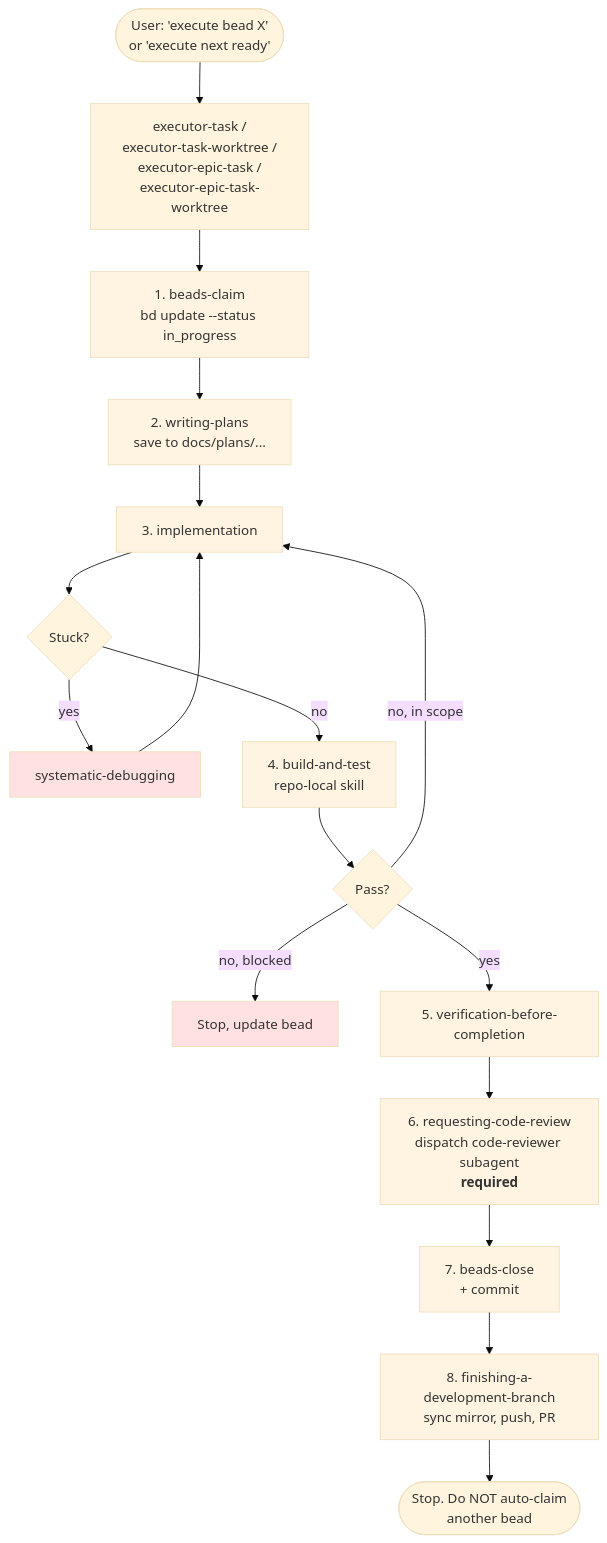
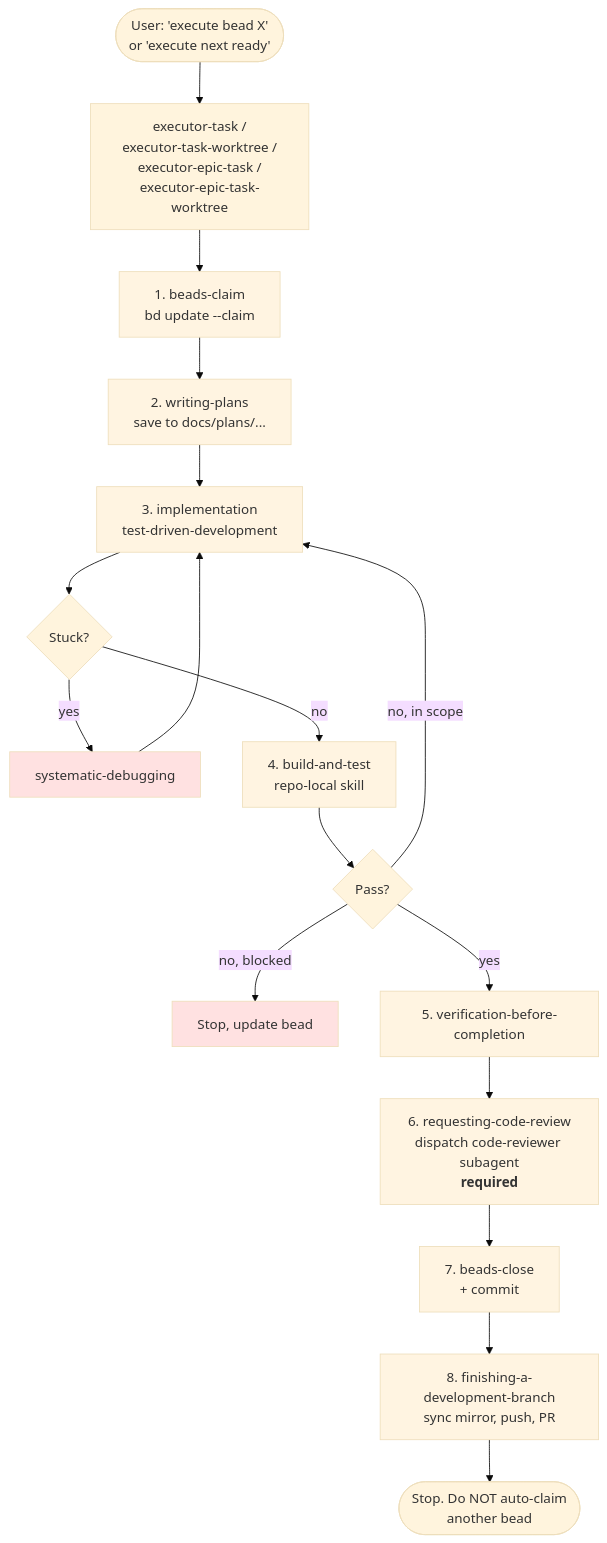
The third of 5 diagrams in docs/SKILLS_RELATIONSHIPS.md (jsiovn/agent-workflow-beads), drawn with Mermaid (base theme) before and after one commit. The commit also changed other lines of this file and 63 other files, not shown here.

````diff
--- a/docs/SKILLS_RELATIONSHIPS.md
+++ b/docs/SKILLS_RELATIONSHIPS.md
@@ -138,30 +140,30 @@
 ```mermaid
 flowchart TD
     START([User: 'execute bead X'<br/>or 'execute next ready']) --> ET[executor-task /<br/>executor-task-worktree /<br/>executor-epic-task /<br/>executor-epic-task-worktree]
-    ET --> S1[1. beads-claim<br/>bd update --status in_progress]
+    ET --> S1[1. beads-claim<br/>bd update --claim]
     S1 --> S2[2. writing-plans<br/>save to docs/plans/...]
-    S2 --> S3[3. implementation]
+    S2 --> S3[3. implementation<br/>test-driven-development]
     S3 --> Q1{Stuck?}
     Q1 -->|yes| SD[systematic-debugging]
     SD --> S3
     Q1 -->|no| S4[4. build-and-test<br/>repo-local skill]
     S4 --> Q2{Pass?}
     Q2 -->|no, in scope| S3
     Q2 -->|no, blocked| BLOCK[Stop, update bead]
     Q2 -->|yes| S5[5. verification-before-completion]
     S5 --> S6[6. requesting-code-review<br/>dispatch code-reviewer subagent<br/><b>required</b>]
     S6 --> S7[7. beads-close<br/>+ commit]
     S7 --> S8[8. finishing-a-development-branch<br/>sync mirror, push, PR]
     S8 --> END([Stop. Do NOT auto-claim<br/>another bead])
 
     style S1 fill:#fff4e1
     style S2 fill:#fff4e1
     style S3 fill:#fff4e1
     style S4 fill:#fff4e1
     style S5 fill:#fff4e1
     style S6 fill:#fff4e1
     style S7 fill:#fff4e1
     style S8 fill:#fff4e1
     style SD fill:#ffe1e1
     style BLOCK fill:#ffe1e1
 ```
````
